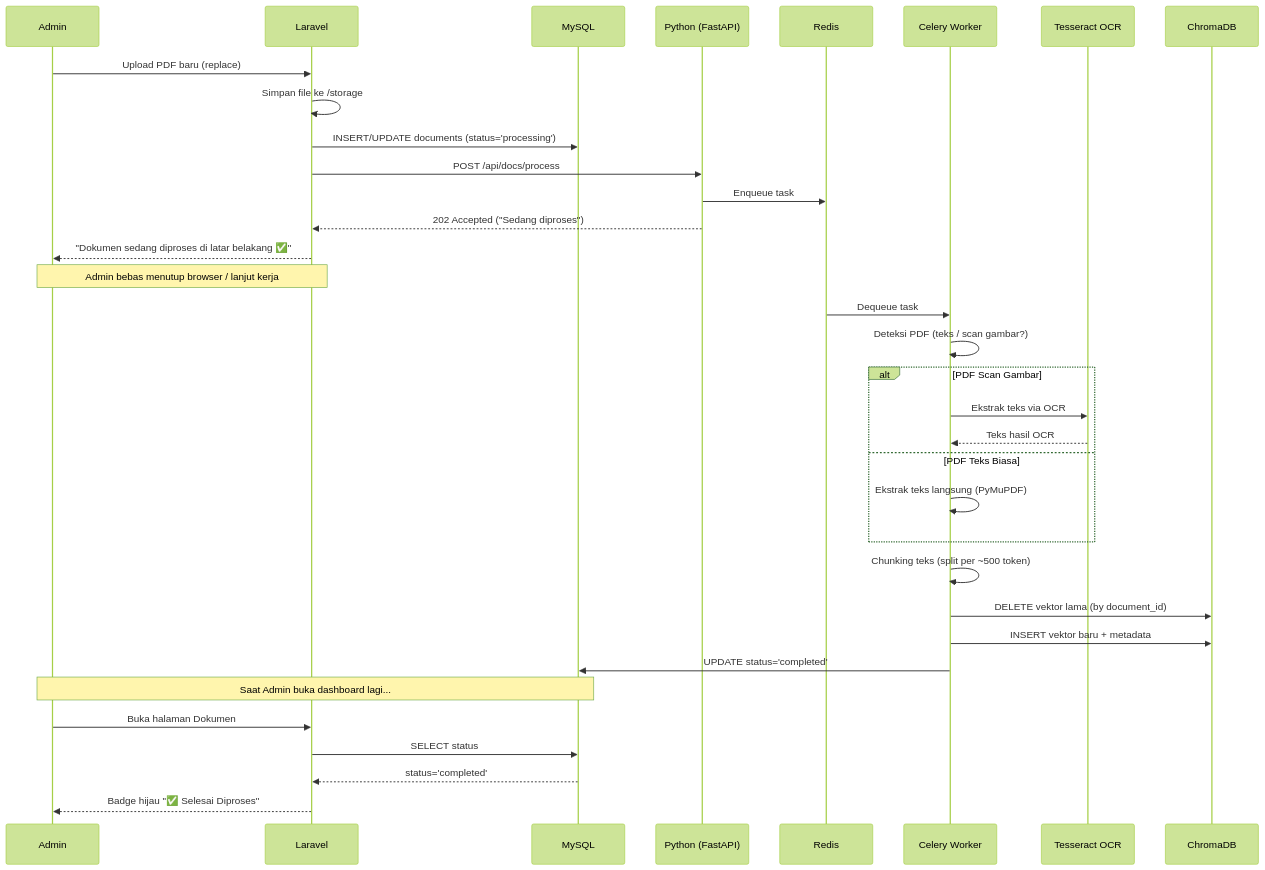
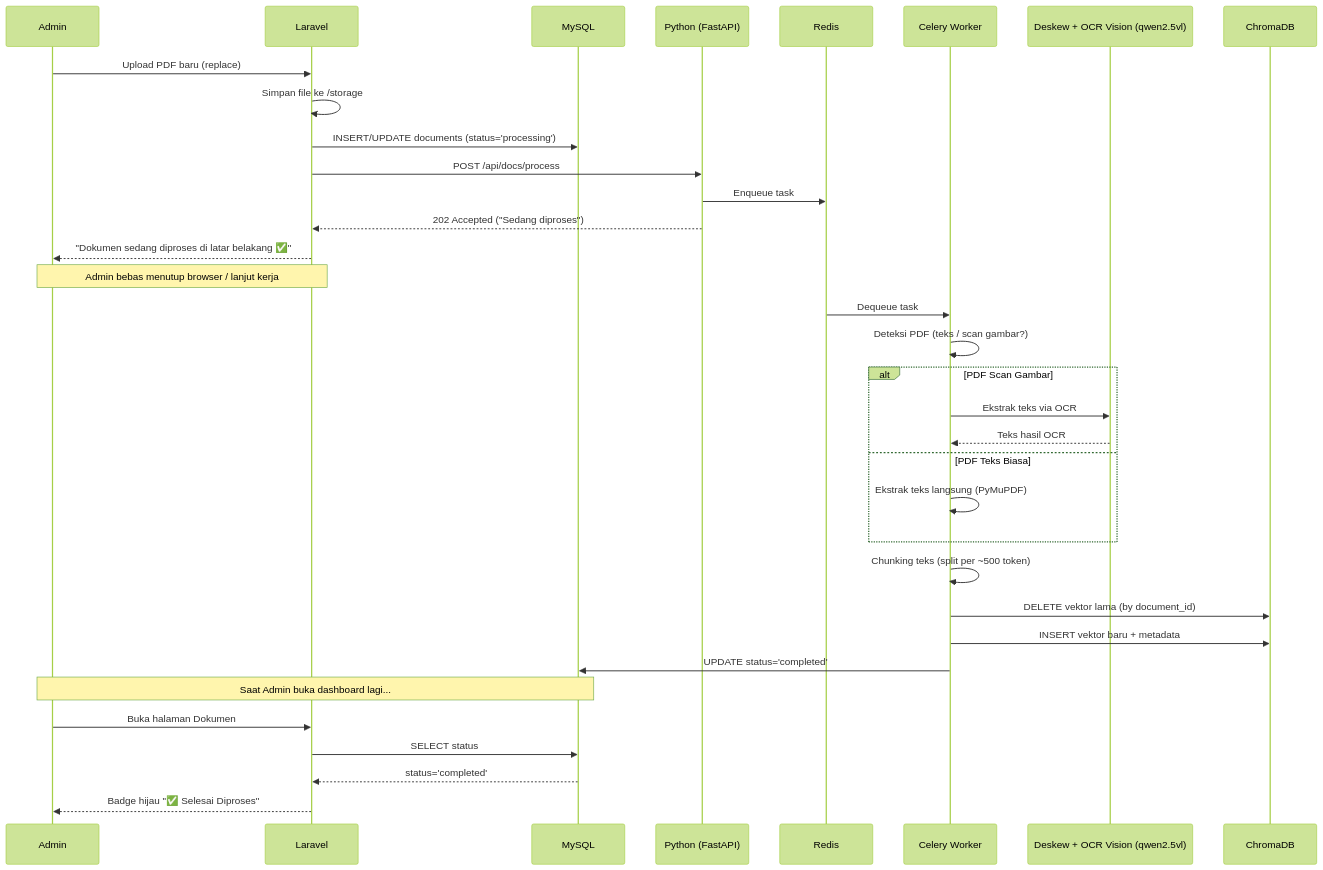
The second of 5 diagrams in docs/02-arsitektur_sistem_agentic_copilot.md (nftxvn/agentic-chatbot), drawn with Mermaid (forest theme) before and after one commit. The commit also changed other lines of this file and 6 other files, not shown here.

````diff
--- a/docs/02-arsitektur_sistem_agentic_copilot.md
+++ b/docs/02-arsitektur_sistem_agentic_copilot.md
@@ -82,42 +86,42 @@
 ```mermaid
 sequenceDiagram
     participant Admin
     participant Laravel
     participant MySQL
     participant FastAPI as Python (FastAPI)
     participant Redis
     participant Celery as Celery Worker
-    participant OCR as Tesseract OCR
+    participant OCR as Deskew + OCR Vision (qwen2.5vl)
     participant ChromaDB
 
     Admin->>Laravel: Upload PDF baru (replace)
     Laravel->>Laravel: Simpan file ke /storage
     Laravel->>MySQL: INSERT/UPDATE documents (status='processing')
     Laravel->>FastAPI: POST /api/docs/process
     FastAPI->>Redis: Enqueue task
     FastAPI-->>Laravel: 202 Accepted ("Sedang diproses")
     Laravel-->>Admin: "Dokumen sedang diproses di latar belakang ✅"
 
     Note over Admin,Laravel: Admin bebas menutup browser / lanjut kerja
 
     Redis->>Celery: Dequeue task
     Celery->>Celery: Deteksi PDF (teks / scan gambar?)
 
     alt PDF Scan Gambar
         Celery->>OCR: Ekstrak teks via OCR
         OCR-->>Celery: Teks hasil OCR
     else PDF Teks Biasa
         Celery->>Celery: Ekstrak teks langsung (PyMuPDF)
     end
 
     Celery->>Celery: Chunking teks (split per ~500 token)
     Celery->>ChromaDB: DELETE vektor lama (by document_id)
     Celery->>ChromaDB: INSERT vektor baru + metadata
     Celery->>MySQL: UPDATE status='completed'
 
     Note over Admin,MySQL: Saat Admin buka dashboard lagi...
     Admin->>Laravel: Buka halaman Dokumen
     Laravel->>MySQL: SELECT status
     MySQL-->>Laravel: status='completed'
     Laravel-->>Admin: Badge hijau "✅ Selesai Diproses"
 ```
````
